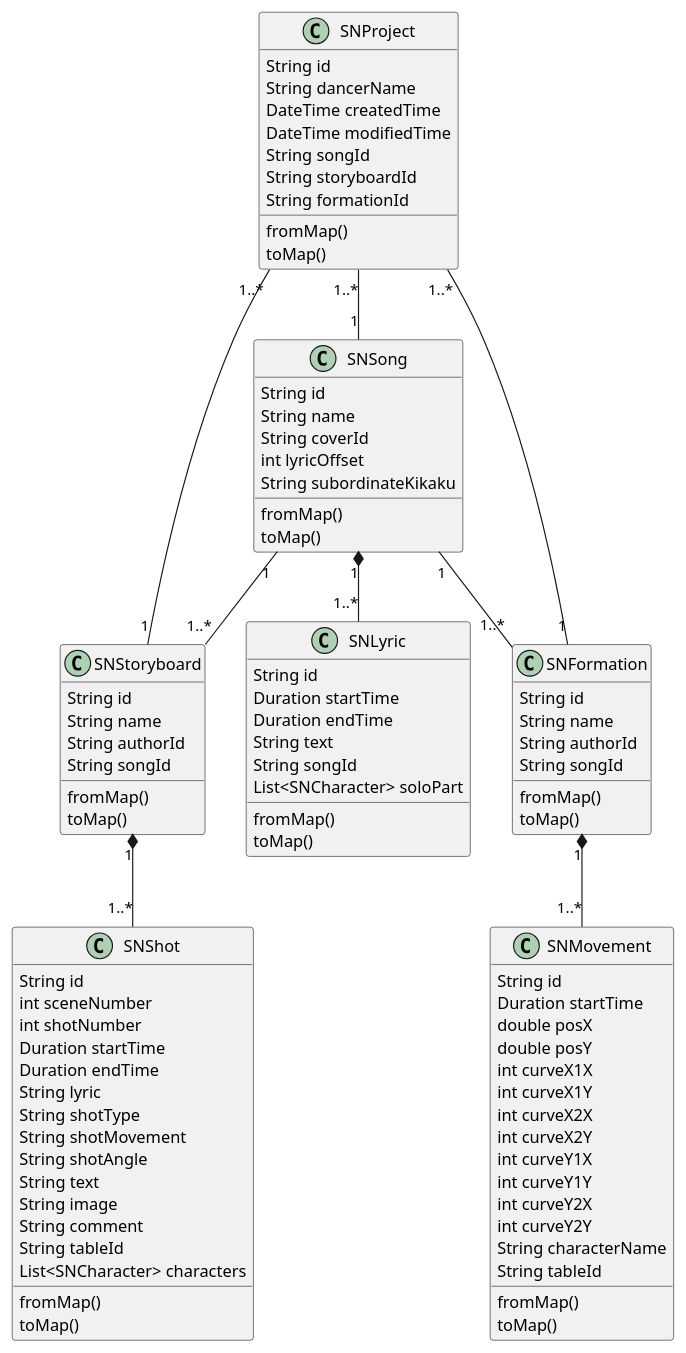
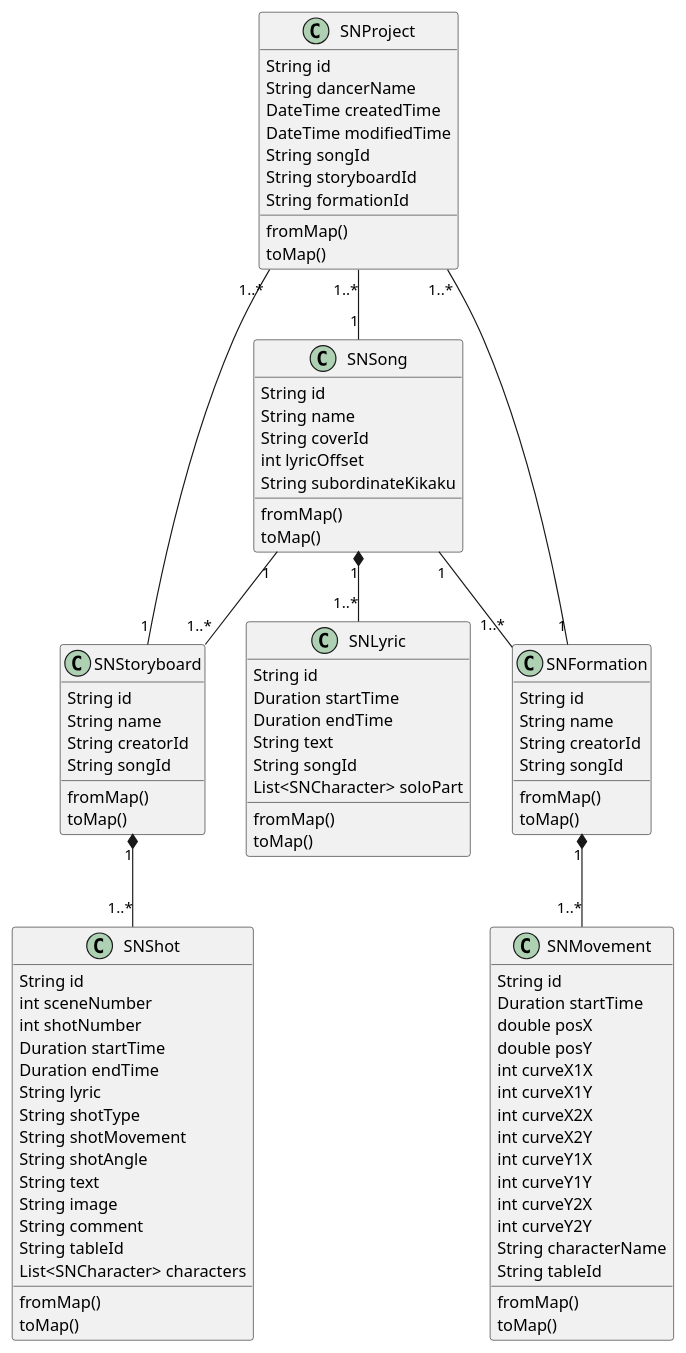
Before and after one commit to amamiseiya/shonichi_Flutter: the second of 3 diagrams in flutter_module/documents/requirement.md, drawn with PlantUML. The commit also changed 43 other files, not shown here.

```diff
--- a/flutter_module/documents/requirement.md
+++ b/flutter_module/documents/requirement.md
@@ -92,7 +92,7 @@
 class SNStoryboard {
   String id
   String name
-  String authorId
+  String creatorId
   String songId
   fromMap()
   toMap()
@@ -121,7 +121,7 @@
 class SNFormation {
   String id
   String name
-  String authorId
+  String creatorId
   String songId
 
   fromMap()
```
